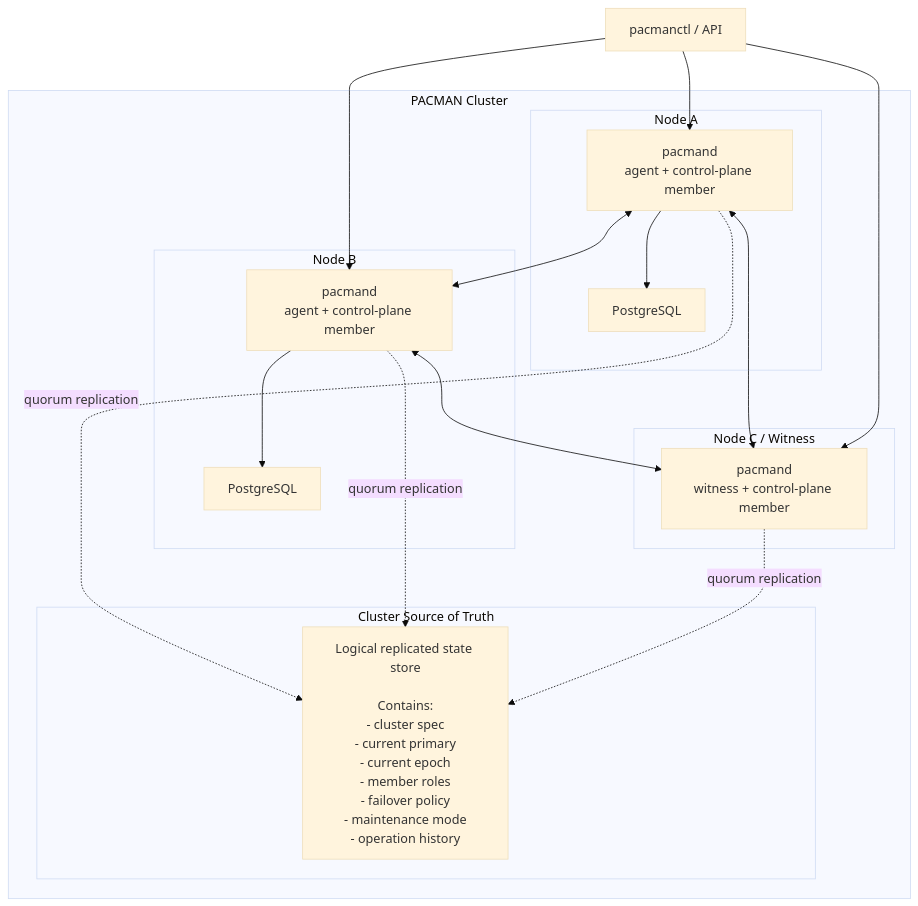
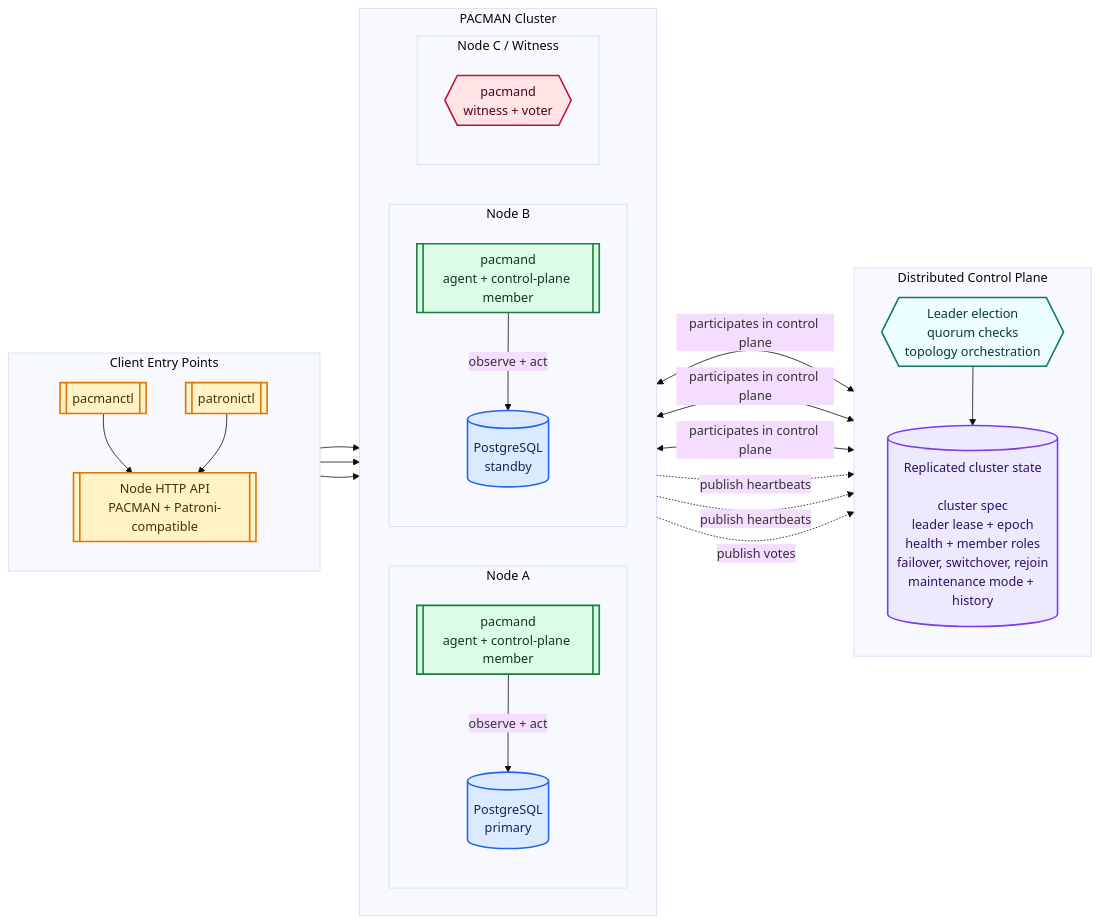
Before and after one commit to polkiloo/pacman: the diagram in docs/ARCHITECTURE.md, drawn with Mermaid (base theme). The commit also changed 1 other file, not shown here.

Commit message:
docs(architecture): split and refresh cluster diagram

````diff
--- a/docs/ARCHITECTURE.md
+++ b/docs/ARCHITECTURE.md
@@ -65,36 +65,67 @@
 ```mermaid
-flowchart TB
+flowchart LR
+    classDef user fill:#FEF3C7,stroke:#D97706,stroke-width:2px,color:#4A2F00
+    classDef daemon fill:#DCFCE7,stroke:#15803D,stroke-width:2px,color:#123524
+    classDef witness fill:#FFE4E6,stroke:#BE123C,stroke-width:2px,color:#4C0519
+    classDef database fill:#DBEAFE,stroke:#2563EB,stroke-width:2px,color:#172554
+    classDef control fill:#ECFEFF,stroke:#0F766E,stroke-width:2px,color:#073B3A
+    classDef store fill:#EDE9FE,stroke:#7C3AED,stroke-width:2px,color:#2E1065
+
+    subgraph Entry["Client Entry Points"]
+        direction TB
+        CTL[[pacmanctl]]
+        PTL[[patronictl]]
+        API[[Node HTTP API<br/>PACMAN + Patroni-compatible]]
+        CTL --> API
+        PTL --> API
+    end
+
     subgraph Cluster["PACMAN Cluster"]
+        direction LR
+
         subgraph NodeA["Node A"]
-            A["pacmand<br/>agent + control-plane member"]
-            APG["PostgreSQL"]
-            A --> APG
+            direction TB
+            A[[pacmand<br/>agent + control-plane member]]
+            APG[(PostgreSQL<br/>primary)]
+            A -->|observe + act| APG
         end
 
         subgraph NodeB["Node B"]
-            B["pacmand<br/>agent + control-plane member"]
-            BPG["PostgreSQL"]
-            B --> BPG
+            direction TB
+            B[[pacmand<br/>agent + control-plane member]]
+            BPG[(PostgreSQL<br/>standby)]
+            B -->|observe + act| BPG
         end
 
         subgraph NodeC["Node C / Witness"]
-            C["pacmand<br/>witness + control-plane member"]
+            direction TB
+            C{{pacmand<br/>witness + voter}}
         end
-
-        A <--> B
-        B <--> C
-        A <--> C
-
-        subgraph Truth["Cluster Source of Truth"]
-            T["Logical replicated state store<br/><br/>Contains:<br/>- cluster spec<br/>- current primary<br/>- current epoch<br/>- member roles<br/>- failover policy<br/>- maintenance mode<br/>- operation history"]
-        end
-
-        A -. quorum replication .-> T
-        B -. quorum replication .-> T
-        C -. quorum replication .-> T
     end
 
-    CLI["pacmanctl / API"] --> A
-    CLI --> B
-    CLI --> C
+    subgraph Plane["Distributed Control Plane"]
+        direction TB
+        L{{Leader election<br/>quorum checks<br/>topology orchestration}}
+        T[(Replicated cluster state<br/><br/>cluster spec<br/>leader lease + epoch<br/>health + member roles<br/>failover, switchover, rejoin<br/>maintenance mode + history)]
+        L --> T
+    end
+
+    API --> A
+    API --> B
+    API --> C
+
+    A <-->|participates in control plane| L
+    B <-->|participates in control plane| L
+    C <-->|participates in control plane| L
+
+    A -. publish heartbeats .-> T
+    B -. publish heartbeats .-> T
+    C -. publish votes .-> T
+
+    class CTL,PTL,API user
+    class A,B daemon
+    class C witness
+    class APG,BPG database
+    class L control
+    class T store
 ```
````
